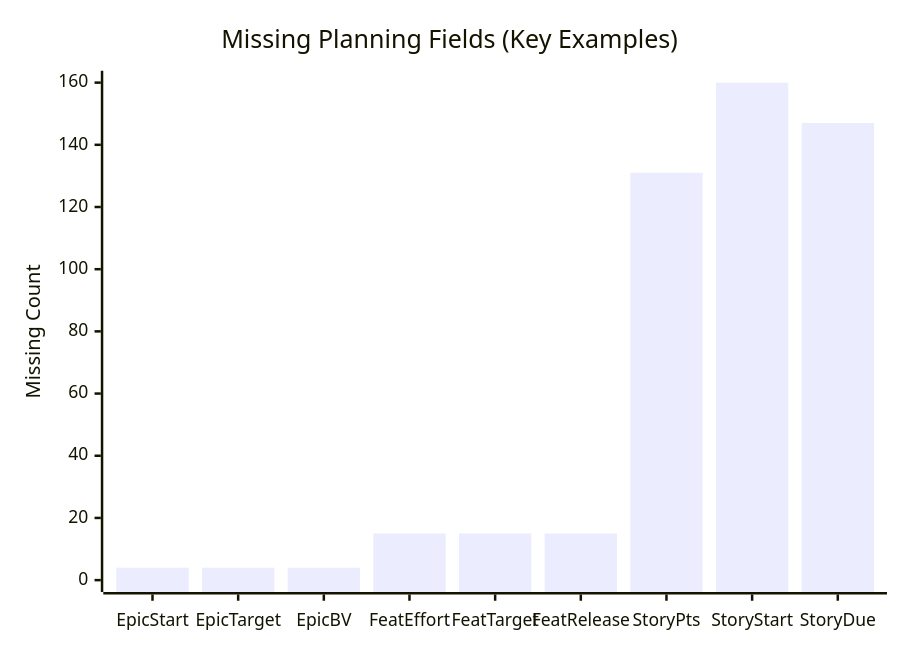
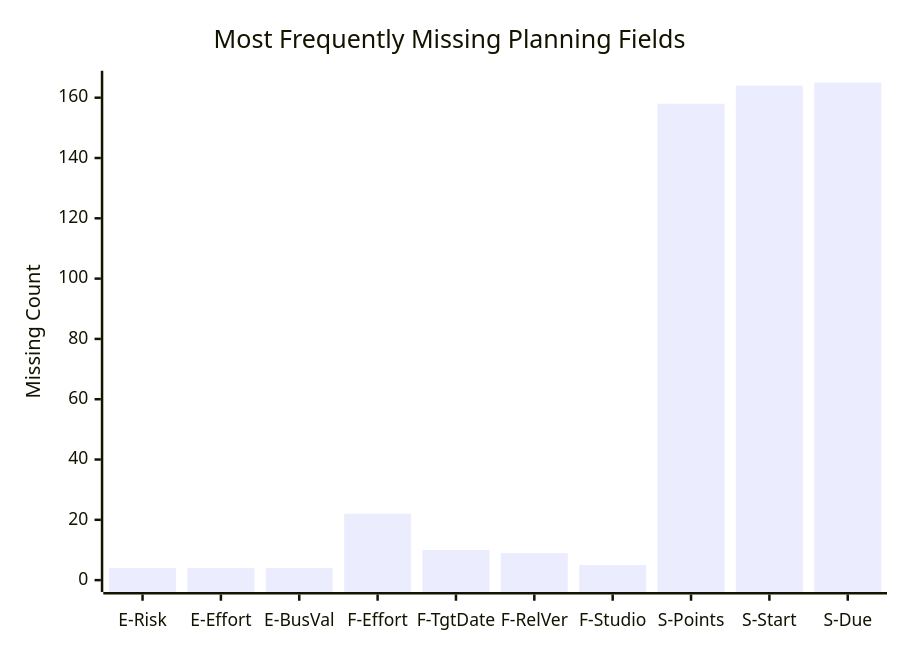
One commit to Apoorvsharmaa/new-test-repo changed the ninth of 10 diagrams in test 8 ADO report.md. Above: the diagram before and after it, drawn with Mermaid. The commit also changed other lines of this file, not shown here.

````diff
--- a/test 8 ADO report.md
+++ b/test 8 ADO report.md
@@ -467,7 +463,7 @@
 ```mermaid
 xychart-beta
-    title "Missing Planning Fields (Key Examples)"
-    x-axis ["EpicStart","EpicTarget","EpicBV","FeatEffort","FeatTarget","FeatRelease","StoryPts","StoryStart","StoryDue"]
-    y-axis "Missing Count" 0 --> 160
-    bar [4,4,4,15,15,15,131,160,147]
+    title "Most Frequently Missing Planning Fields"
+    x-axis ["E-Risk","E-Effort","E-BusVal","F-Effort","F-TgtDate","F-RelVer","F-Studio","S-Points","S-Start","S-Due"]
+    y-axis "Missing Count" 0 --> 165
+    bar [4,4,4,22,10,9,5,158,164,165]
 ```
````
